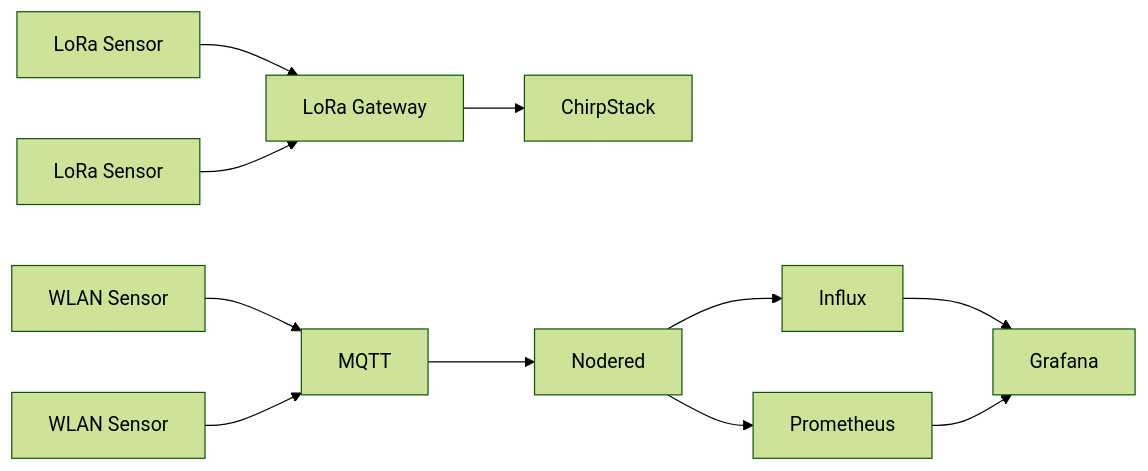
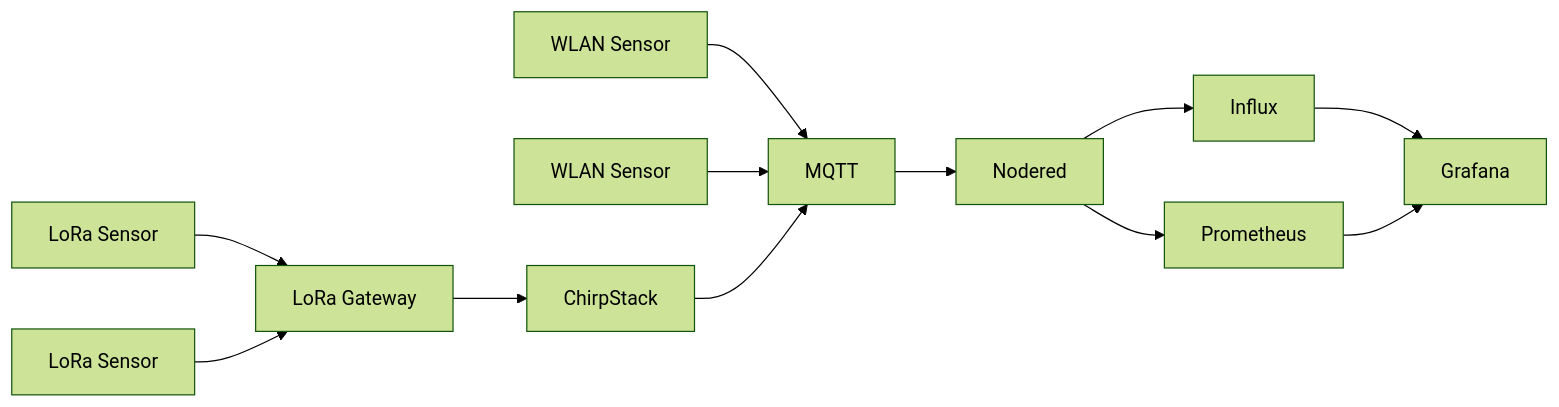
Before and after one commit to jreichwald/CAS-IoT-2024: the diagram in README.md, drawn with Mermaid (forest theme).

````diff
--- a/README.md
+++ b/README.md
@@ -4,13 +4,14 @@
 ```mermaid 
 flowchart LR
     n2["LoRa Sensor"] --> n1["LoRa Gateway"]
     n3["LoRa Sensor"] --> n1
     n1 --> n4["ChirpStack"]
     n5["WLAN Sensor"] --> n8["MQTT"]
     n6["WLAN Sensor"] --> n8
+    n4 --> n8
     n8 --> n11["Nodered"]
     n11 --> n9["Prometheus"]
     n11 --> n12
     n12["Influx"] --> n10
     n9 --> n10["Grafana"]
 ```
````
